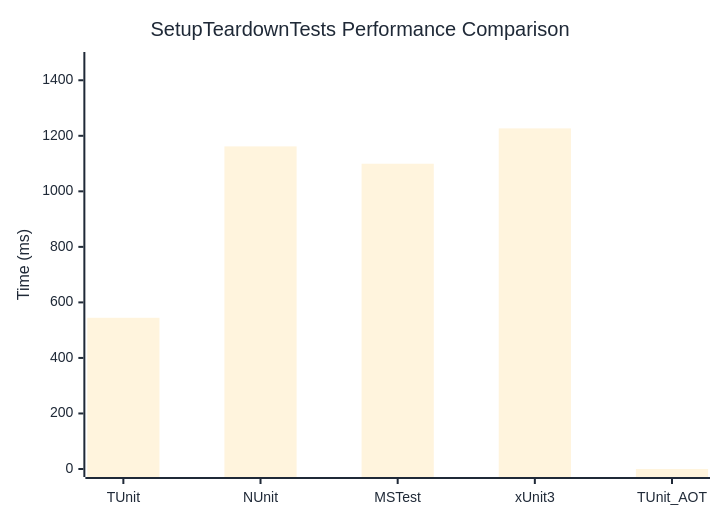
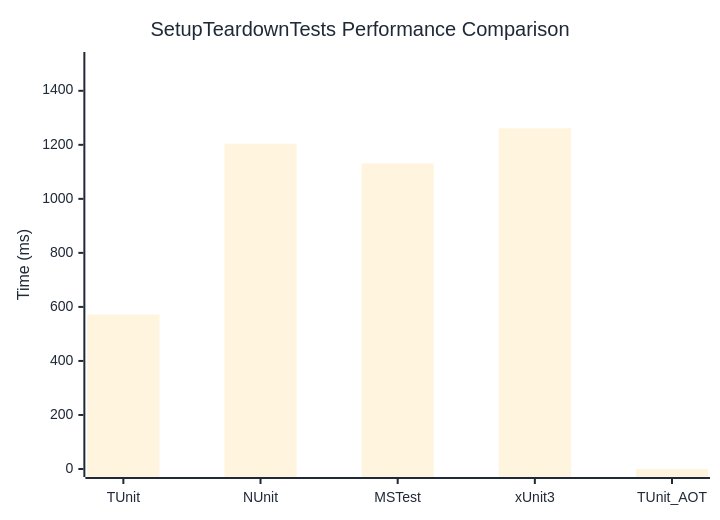
One commit to thomhurst/TUnit changed the diagram in docs/docs/benchmarks/SetupTeardownTests.md. Above: the diagram before and after it, drawn with Mermaid. The commit also changed other lines of this file and 17 other files, not shown here.

````diff
--- a/docs/docs/benchmarks/SetupTeardownTests.md
+++ b/docs/docs/benchmarks/SetupTeardownTests.md
@@ -27,37 +27,37 @@
 ```mermaid
 %%{init: {
   'theme':'base',
   'themeVariables': {
     'primaryColor': '#2563eb',
     'primaryTextColor': '#1f2937',
     'primaryBorderColor': '#1e40af',
     'lineColor': '#6b7280',
     'secondaryColor': '#7c3aed',
     'tertiaryColor': '#dc2626',
     'background': '#ffffff',
     'mainBkg': '#2563eb',
     'secondBkg': '#7c3aed',
     'tertiaryBkg': '#dc2626',
     'clusterBkg': '#f3f4f6',
     'edgeLabelBackground': '#ffffff',
     'tertiaryTextColor': '#1f2937',
     'pie1': '#2563eb',
     'pie2': '#7c3aed',
     'pie3': '#dc2626',
     'pie4': '#f59e0b',
     'pie5': '#10b981',
     'pie6': '#06b6d4',
     'pie7': '#ec4899',
     'pie8': '#6366f1',
     'pie9': '#84cc16',
     'pie10': '#f97316',
     'pie11': '#14b8a6',
     'pie12': '#a855f7'
   }
 }}%%
 xychart-beta
   title "SetupTeardownTests Performance Comparison"
   x-axis ["TUnit", "NUnit", "MSTest", "xUnit3", "TUnit_AOT"]
-  y-axis "Time (ms)" 0 --> 1473
-  bar [544.6, 1161.9, 1099.4, 1226.7, 0]
+  y-axis "Time (ms)" 0 --> 1514
+  bar [571.5, 1204, 1131.2, 1261.2, 0]
 ```
````
